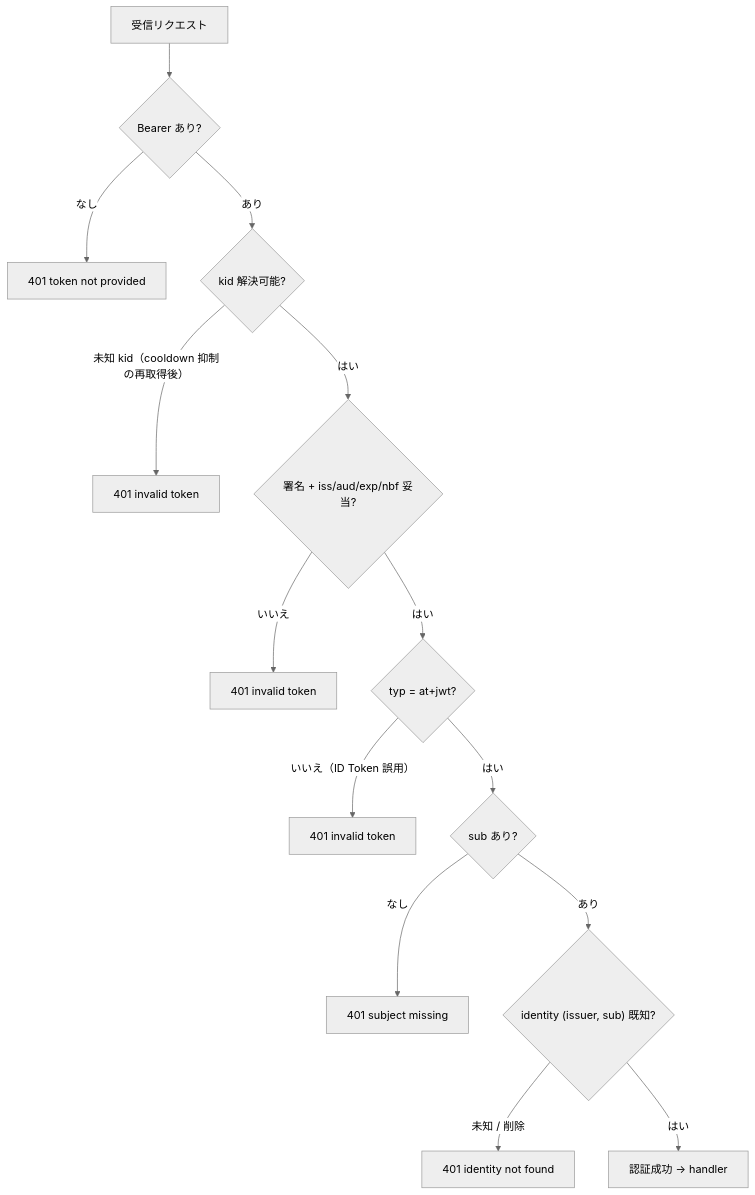
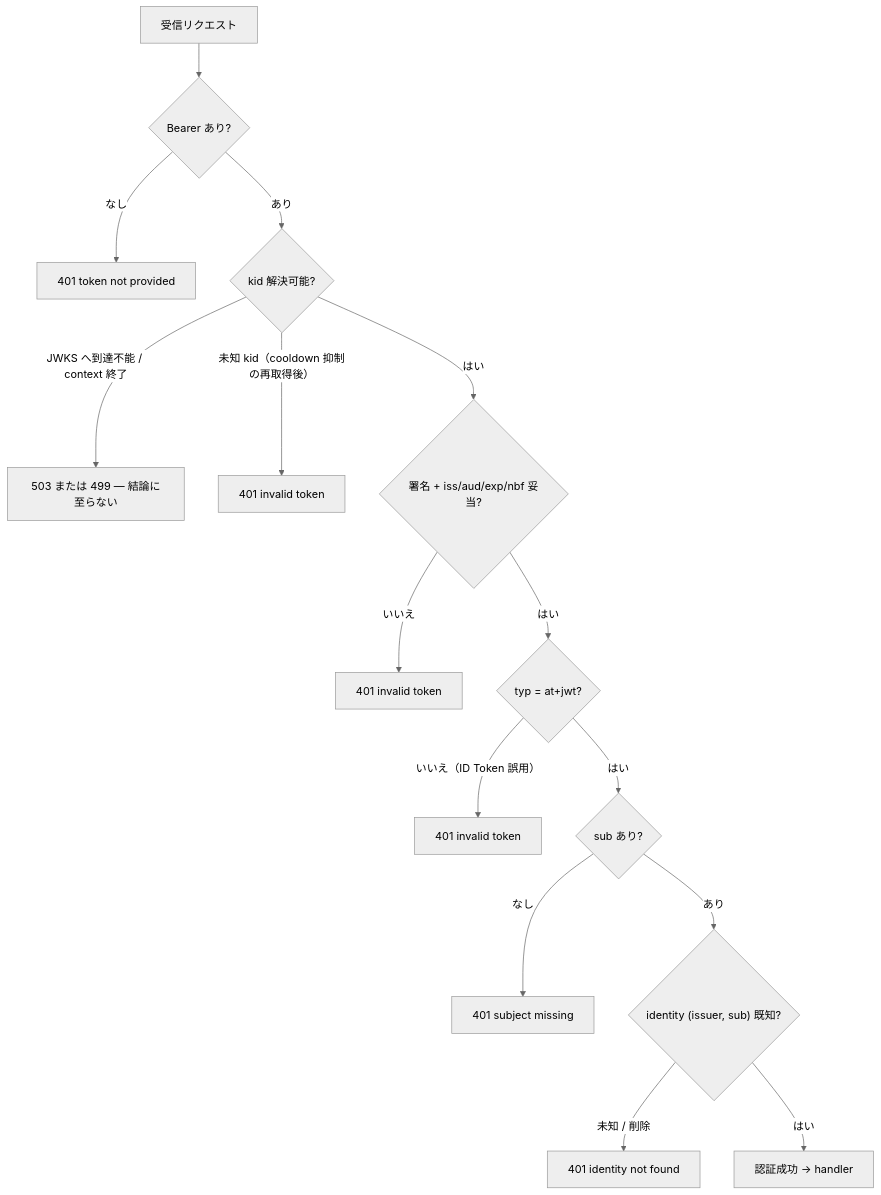
Before and after one commit to Tomy-ch/go-boilerplate: the second of 4 diagrams in docs/design/auth.ja.md, drawn with Mermaid (neutral theme). The commit also changed other lines of this file and 5 other files, not shown here.

````diff
--- a/docs/design/auth.ja.md
+++ b/docs/design/auth.ja.md
@@ -98,16 +98,17 @@
 ```mermaid
 flowchart TD
     S["受信リクエスト"] --> H{"Bearer あり?"}
     H -- なし --> E1["401 token not provided"]
     H -- あり --> K{"kid 解決可能?"}
+    K -- "JWKS へ到達不能 / context 終了" --> E7["503 または 499 — 結論に至らない"]
     K -- "未知 kid（cooldown 抑制の再取得後）" --> E2["401 invalid token"]
     K -- はい --> V{"署名 + iss/aud/exp/nbf 妥当?"}
     V -- いいえ --> E3["401 invalid token"]
     V -- はい --> T{"typ = at+jwt?"}
     T -- "いいえ（ID Token 誤用）" --> E4["401 invalid token"]
     T -- はい --> SUB{"sub あり?"}
     SUB -- なし --> E5["401 subject missing"]
     SUB -- あり --> ID{"identity (issuer, sub) 既知?"}
     ID -- "未知 / 削除" --> E6["401 identity not found"]
     ID -- はい --> OK["認証成功 → handler"]
 ```
````
